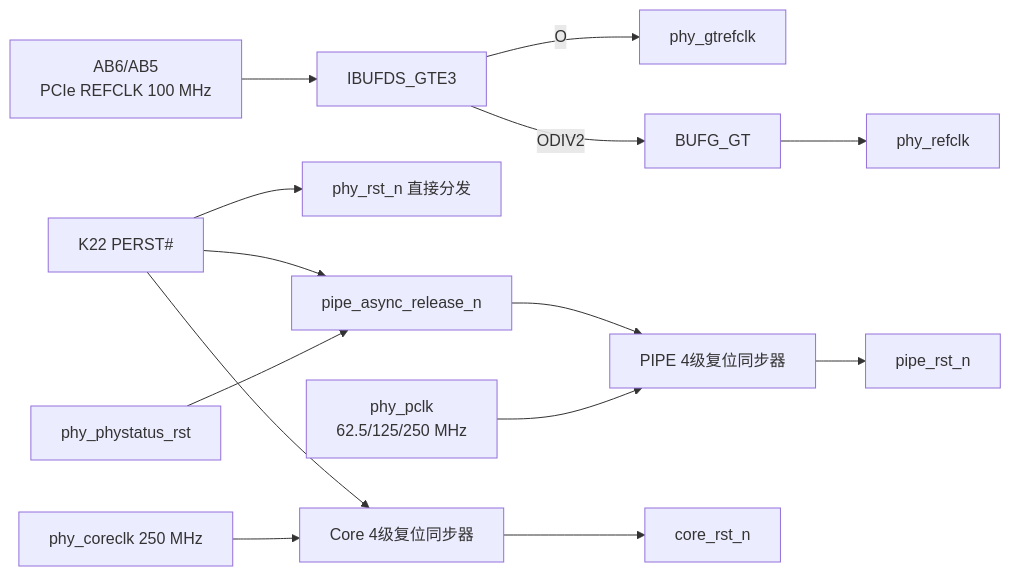
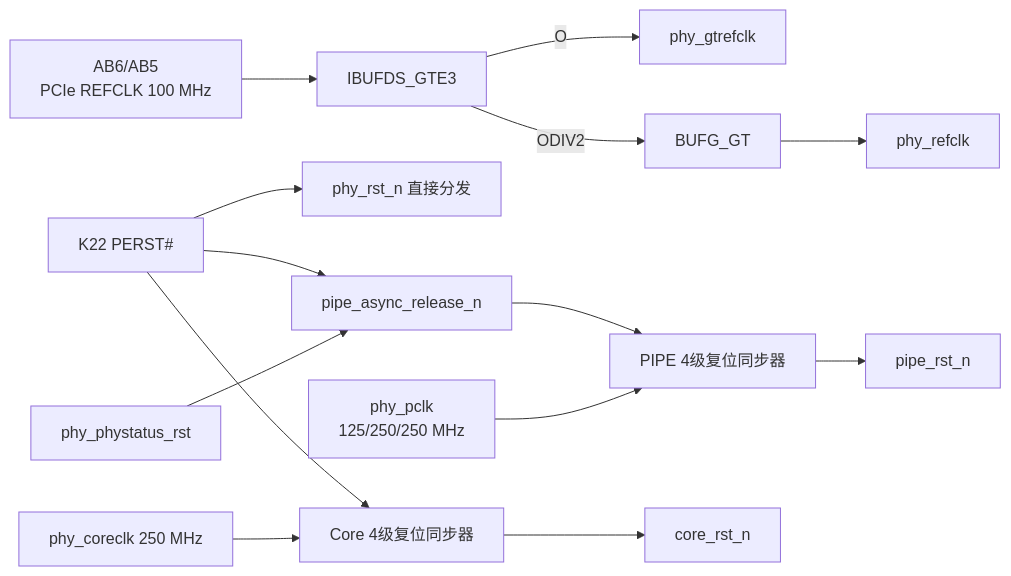
The diagram in pcie_ep_kcu105/docs/architecture/01-kcu105-refclk-reset.md (FPGA-liyinlong08/pcie-ep), drawn with Mermaid before and after one commit. The commit also changed 28 other files, not shown here.

````diff
--- a/pcie_ep_kcu105/docs/architecture/01-kcu105-refclk-reset.md
+++ b/pcie_ep_kcu105/docs/architecture/01-kcu105-refclk-reset.md
@@ -30,18 +30,18 @@
 ```mermaid
 flowchart LR
     REF["AB6/AB5<br/>PCIe REFCLK 100 MHz"] --> IB["IBUFDS_GTE3"]
     IB -->|"O"| GTR["phy_gtrefclk"]
     IB -->|"ODIV2"| BGT["BUFG_GT"]
     BGT --> PRF["phy_refclk"]
 
     PERST["K22 PERST#"] --> PHYRST["phy_rst_n 直接分发"]
     PERST --> CR["Core 4级复位同步器"]
     PERST --> AND["pipe_async_release_n"]
     PHS["phy_phystatus_rst"] --> AND
     AND --> PR["PIPE 4级复位同步器"]
 
     CCLK["phy_coreclk 250 MHz"] --> CR
-    PCLK["phy_pclk<br/>62.5/125/250 MHz"] --> PR
+    PCLK["phy_pclk<br/>125/250/250 MHz"] --> PR
     CR --> CORE["core_rst_n"]
     PR --> PIPE["pipe_rst_n"]
 ```
````
